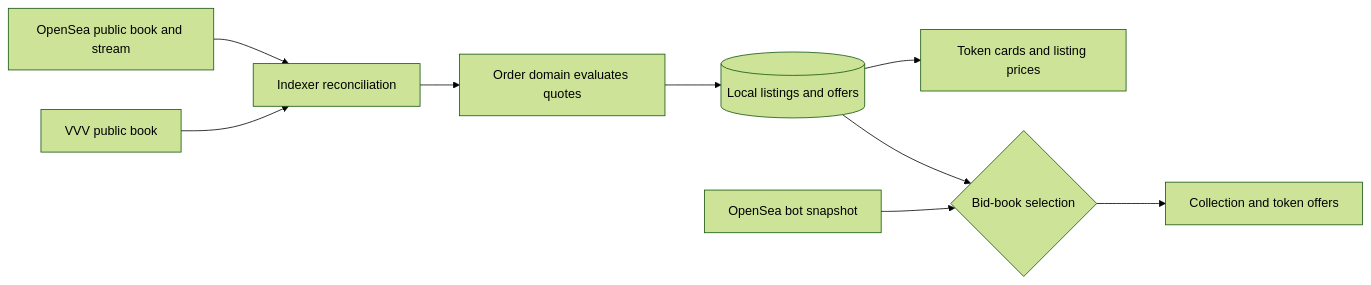
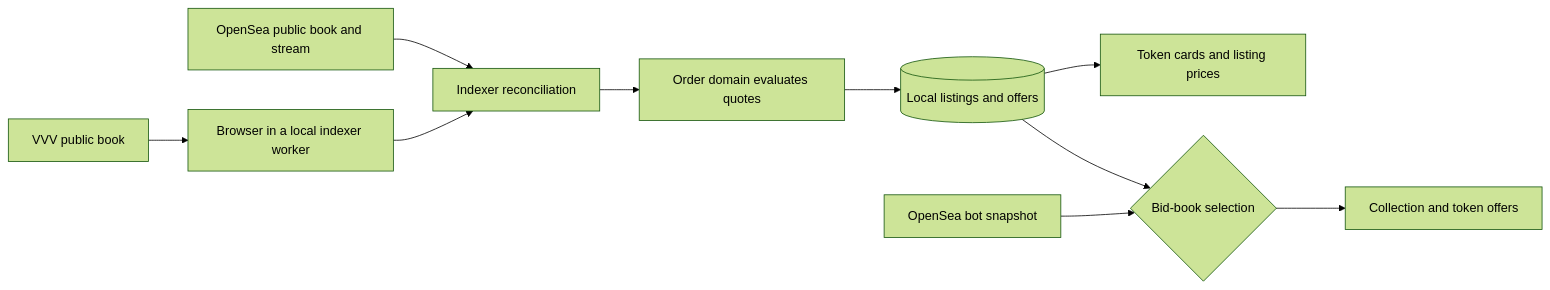
The diagram in docs/indexer/21-multiple-orderbooks.md (d347h-eth/artgod), drawn with Mermaid (forest theme) before and after one commit. The commit also changed other lines of this file and 2 other files, not shown here.

Commit message:
docs(indexer): fetch VVV books through a worker-owned browser

````diff
--- a/docs/indexer/21-multiple-orderbooks.md
+++ b/docs/indexer/21-multiple-orderbooks.md
@@ -12,11 +12,12 @@
 ```mermaid
 flowchart LR
     OS[OpenSea public book and stream] --> Sync[Indexer reconciliation]
-    VVV[VVV public book] --> Sync
+    VVV[VVV public book] --> Browser[Browser in a local indexer worker]
+    Browser --> Sync
     Sync --> Orders[Order domain evaluates quotes]
     Orders --> Local[(Local listings and offers)]
     Local --> Listings[Token cards and listing prices]
     Local --> Select{Bid-book selection}
     Bot[OpenSea bot snapshot] --> Select
     Select --> Offers[Collection and token offers]
 ```
````
